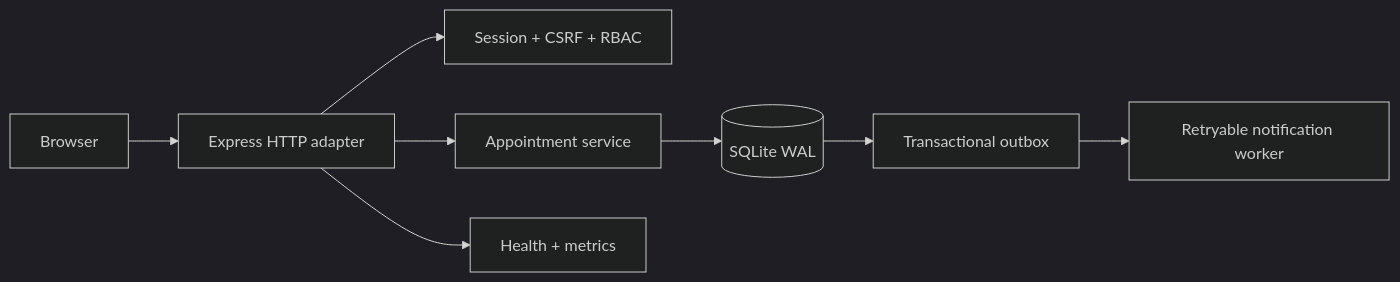
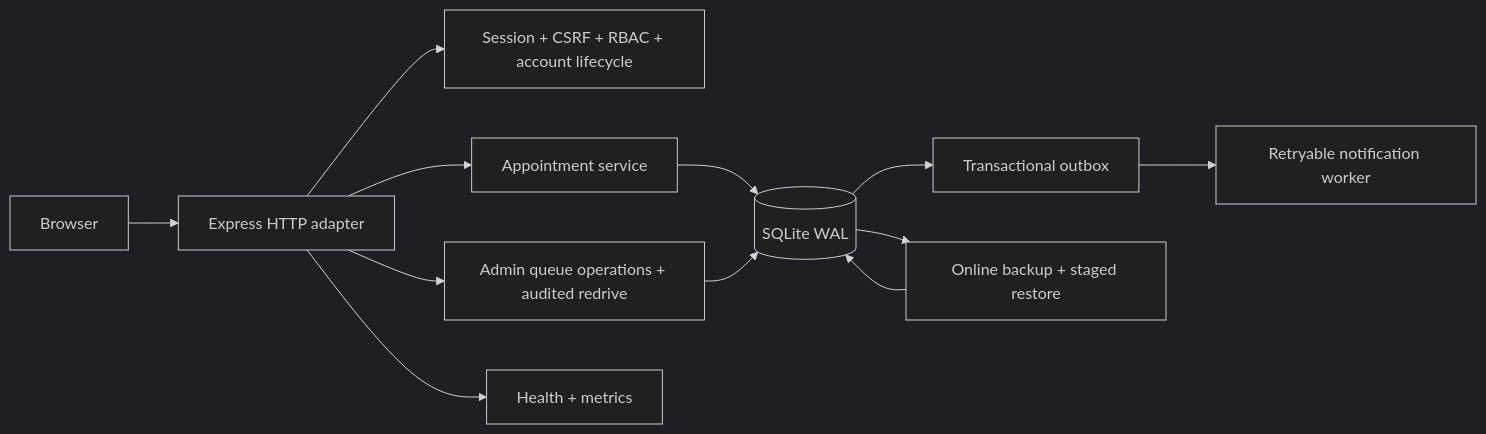
One commit to pranaykr43/IITI_HEALTH_CENTER changed the diagram in docs/architecture.mmd. Above: the diagram before and after it, drawn with Mermaid (dark theme). The commit also changed 36 other files, not shown here.

```diff
--- a/docs/architecture.mmd
+++ b/docs/architecture.mmd
@@ -1,8 +1,12 @@
 flowchart LR
   Browser --> HTTP[Express HTTP adapter]
-  HTTP --> Auth[Session + CSRF + RBAC]
+  HTTP --> Auth[Session + CSRF + RBAC + account lifecycle]
   HTTP --> Service[Appointment service]
   Service --> SQLite[(SQLite WAL)]
   SQLite --> Outbox[Transactional outbox]
   Outbox --> Worker[Retryable notification worker]
-  HTTP --> Ops[Health + metrics]
+  HTTP --> Ops[Admin queue operations + audited redrive]
+  SQLite --> Backup[Online backup + staged restore]
+  Ops --> SQLite
+  Backup --> SQLite
+  HTTP --> Health[Health + metrics]
```
